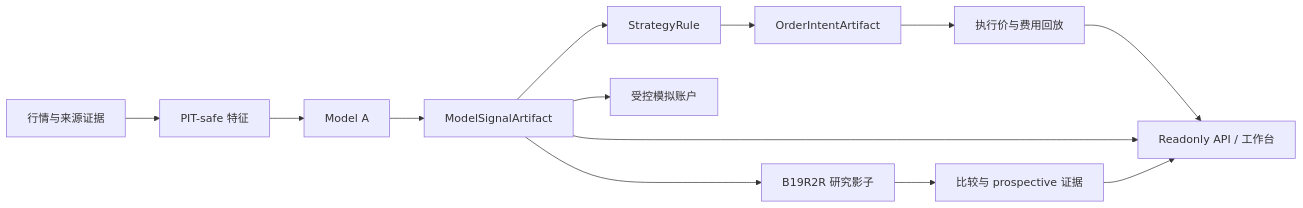
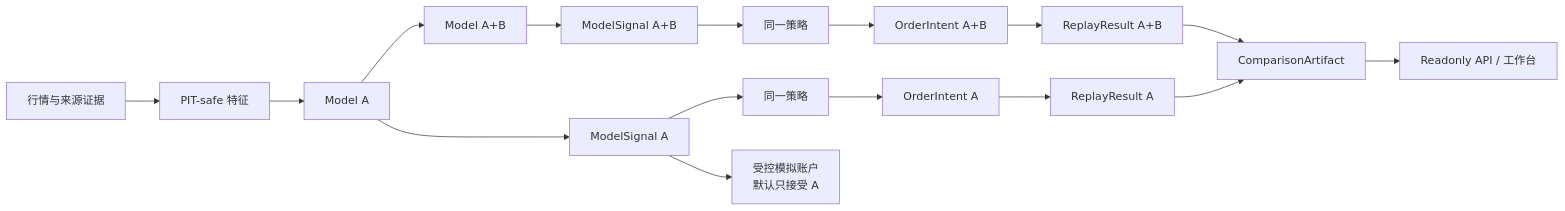
The diagram in README.md (charliecly0416/taiwan-stock-quant-platform), drawn with Mermaid before and after one commit. The commit also changed other lines of this file and 34 other files, not shown here.

Commit message:
feat: unify readonly model tracks

````diff
--- a/README.md
+++ b/README.md
@@ -26,15 +26,18 @@
 ```mermaid
 flowchart LR
     D[行情与来源证据] --> F[PIT-safe 特征]
     F --> A[Model A]
-    A --> S[ModelSignalArtifact]
-    S --> R[StrategyRule]
-    R --> I[OrderIntentArtifact]
-    I --> P[执行价与费用回放]
-    P --> V[Readonly API / 工作台]
-    S --> V
-    S --> B[B19R2R 研究影子]
-    B --> C[比较与 prospective 证据]
-    C --> V
-    S --> Q[受控模拟账户]
+    A --> B[Model A+B]
+    A --> SA[ModelSignal A]
+    B --> SB[ModelSignal A+B]
+    SA --> RA[同一策略]
+    SB --> RB[同一策略]
+    RA --> IA[OrderIntent A]
+    RB --> IB[OrderIntent A+B]
+    IA --> PA[ReplayResult A]
+    IB --> PB[ReplayResult A+B]
+    PA --> C[ComparisonArtifact]
+    PB --> C
+    C --> V[Readonly API / 工作台]
+    SA --> Q[受控模拟账户<br/>默认只接受 A]
 ```
````
